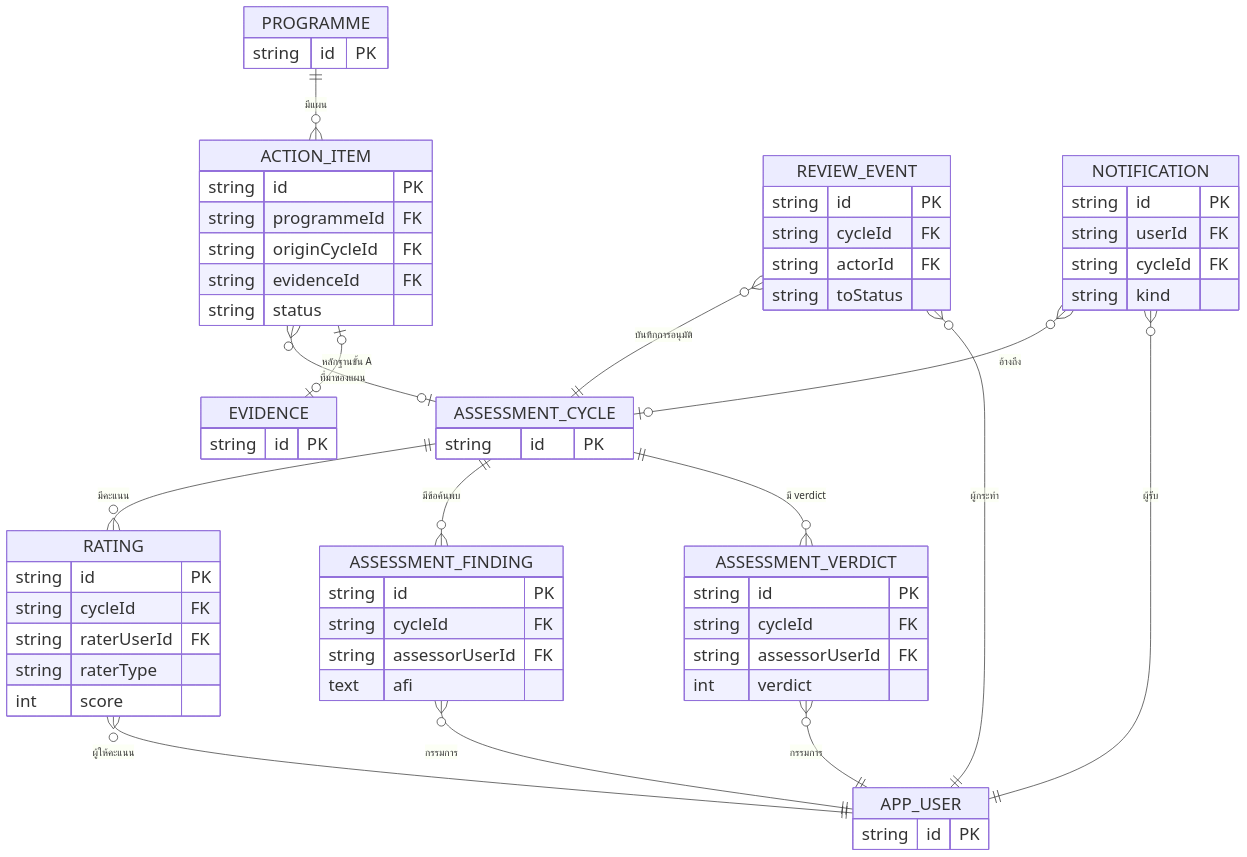
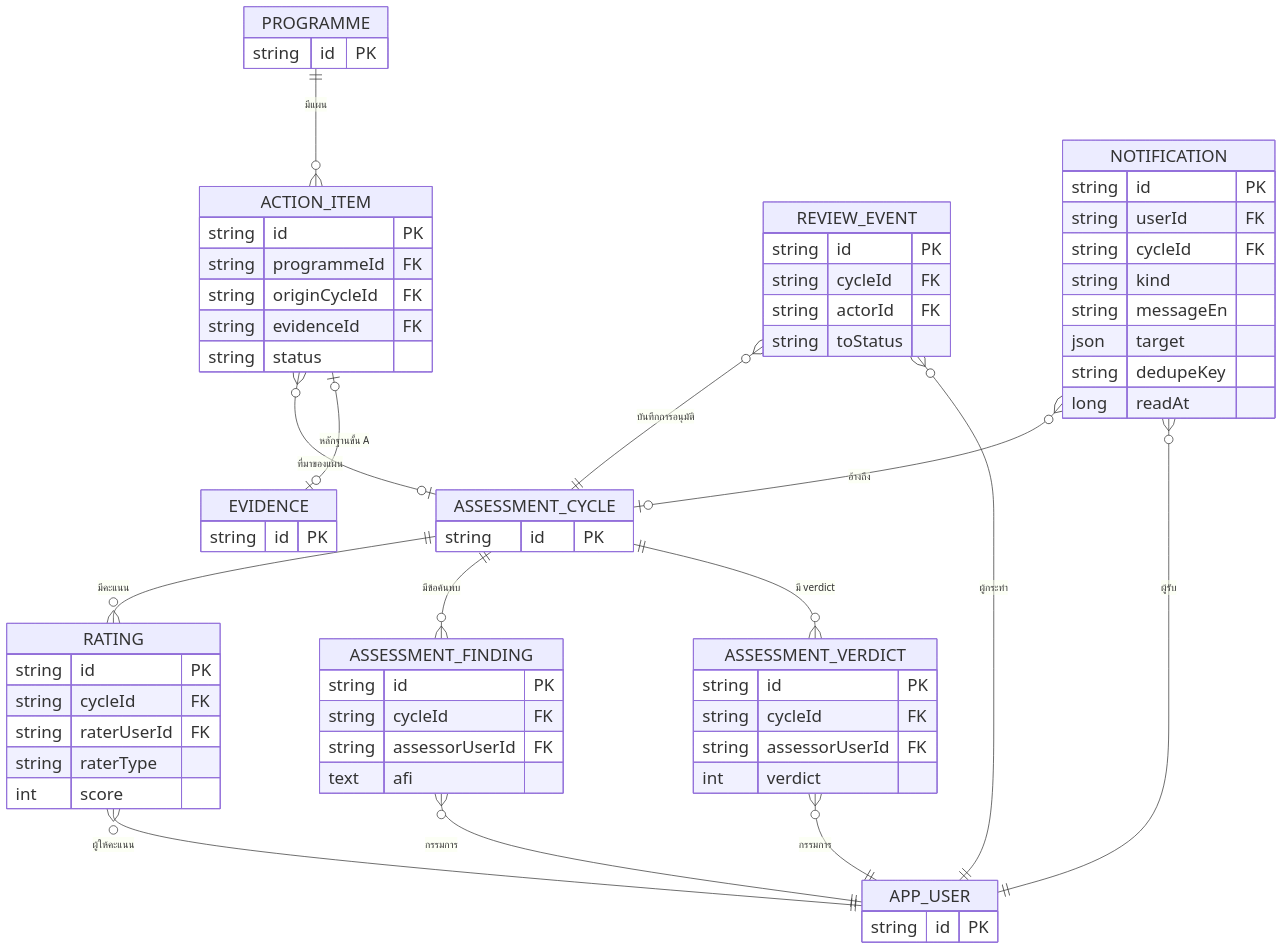
Before and after one commit to sunthanathza5566/project-mockup: the diagram in docs/diagrams/er-assessment.mmd, drawn with Mermaid. The commit also changed 15 other files, not shown here.

Commit message:
docs(TASK-0002): UML set updated for redesign, onboarding, notification deep links

```diff
--- a/docs/diagrams/er-assessment.mmd
+++ b/docs/diagrams/er-assessment.mmd
@@ -1,66 +1,70 @@
-%% source: eduflow-next/lib/types.ts:98-104 (Rating), 112-115 (ReviewEvent), 172-177 (AppNotification), 318-345 (ActionItem, AssessmentFinding, AssessmentVerdict); lib/api/db.ts:7-36 (KEYS) | task: TASK-0001 | updated: 2026-10-23
+%% source: eduflow-next/lib/types.ts:204-223 (NotificationKind, NotificationTarget, AppNotification.messageEn/target), Rating, ReviewEvent, ActionItem, AssessmentFinding, AssessmentVerdict; lib/api/notification.store.ts:35-49 (notify: dedupeKey, target); lib/api/db.ts (KEYS) | task: TASK-0002 | updated: 2026-10-27
 %%{init: {"themeVariables": {"fontSize": "24px"}, "themeCSS": ".edgeLabel .label{font-size:22px}", "er": {"entityPadding": 6}}}%%
 erDiagram
   PROGRAMME ||--o{ ACTION_ITEM : "มีแผน"
   ACTION_ITEM }o--o| ASSESSMENT_CYCLE : "ที่มาของแผน"
   ACTION_ITEM |o--o| EVIDENCE : "หลักฐานขั้น A"
   REVIEW_EVENT }o--|| ASSESSMENT_CYCLE : "บันทึกการอนุมัติ"
   NOTIFICATION }o--o| ASSESSMENT_CYCLE : "อ้างถึง"
   ASSESSMENT_CYCLE ||--o{ RATING : "มีคะแนน"
   ASSESSMENT_CYCLE ||--o{ ASSESSMENT_FINDING : "มีข้อค้นพบ"
   ASSESSMENT_CYCLE ||--o{ ASSESSMENT_VERDICT : "มี verdict"
   RATING }o--|| APP_USER : "ผู้ให้คะแนน"
   ASSESSMENT_FINDING }o--|| APP_USER : "กรรมการ"
   ASSESSMENT_VERDICT }o--|| APP_USER : "กรรมการ"
   REVIEW_EVENT }o--|| APP_USER : "ผู้กระทำ"
   NOTIFICATION }o--|| APP_USER : "ผู้รับ"
   ASSESSMENT_CYCLE {
     string id PK
   }
   APP_USER {
     string id PK
   }
   PROGRAMME {
     string id PK
   }
   EVIDENCE {
     string id PK
   }
   REVIEW_EVENT {
     string id PK
     string cycleId FK
     string actorId FK
     string toStatus
   }
   RATING {
     string id PK
     string cycleId FK
     string raterUserId FK
     string raterType
     int score
   }
   ASSESSMENT_FINDING {
     string id PK
     string cycleId FK
     string assessorUserId FK
     text afi
   }
   ASSESSMENT_VERDICT {
     string id PK
     string cycleId FK
     string assessorUserId FK
     int verdict
   }
   ACTION_ITEM {
     string id PK
     string programmeId FK
     string originCycleId FK
     string evidenceId FK
     string status
   }
   NOTIFICATION {
     string id PK
     string userId FK
     string cycleId FK
     string kind
+    string messageEn
+    json target
+    string dedupeKey
+    long readAt
   }
```
